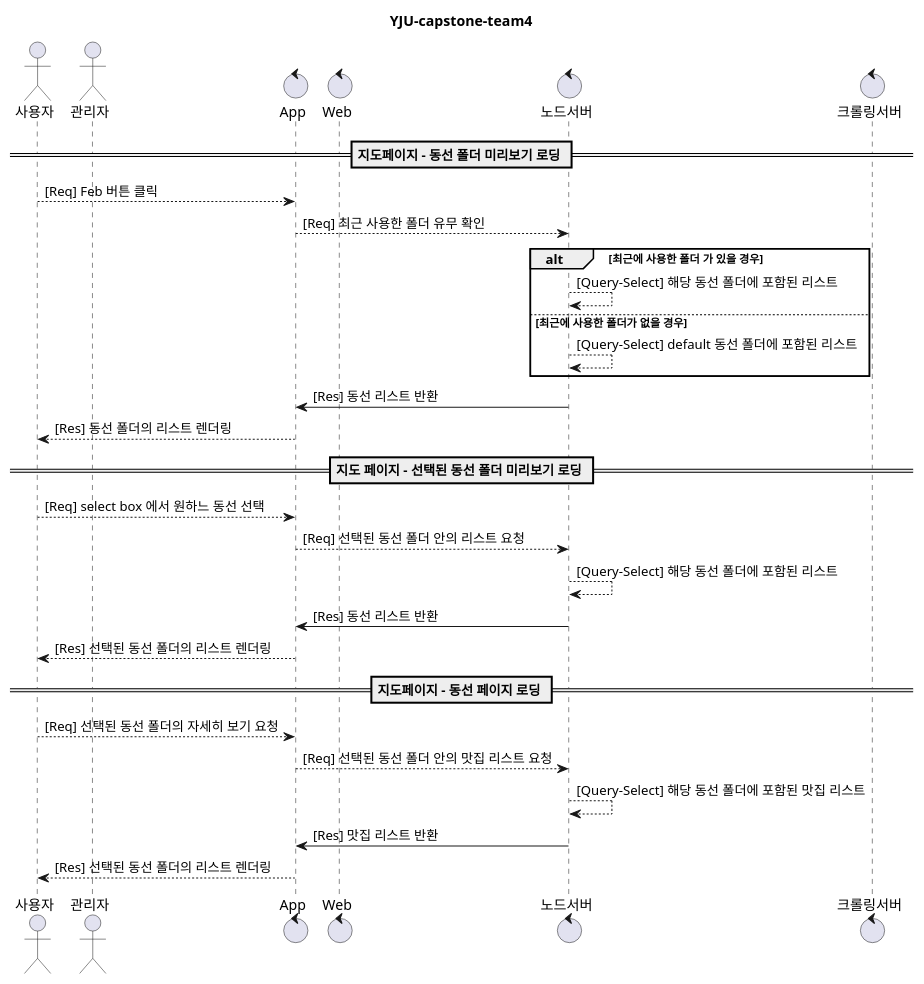
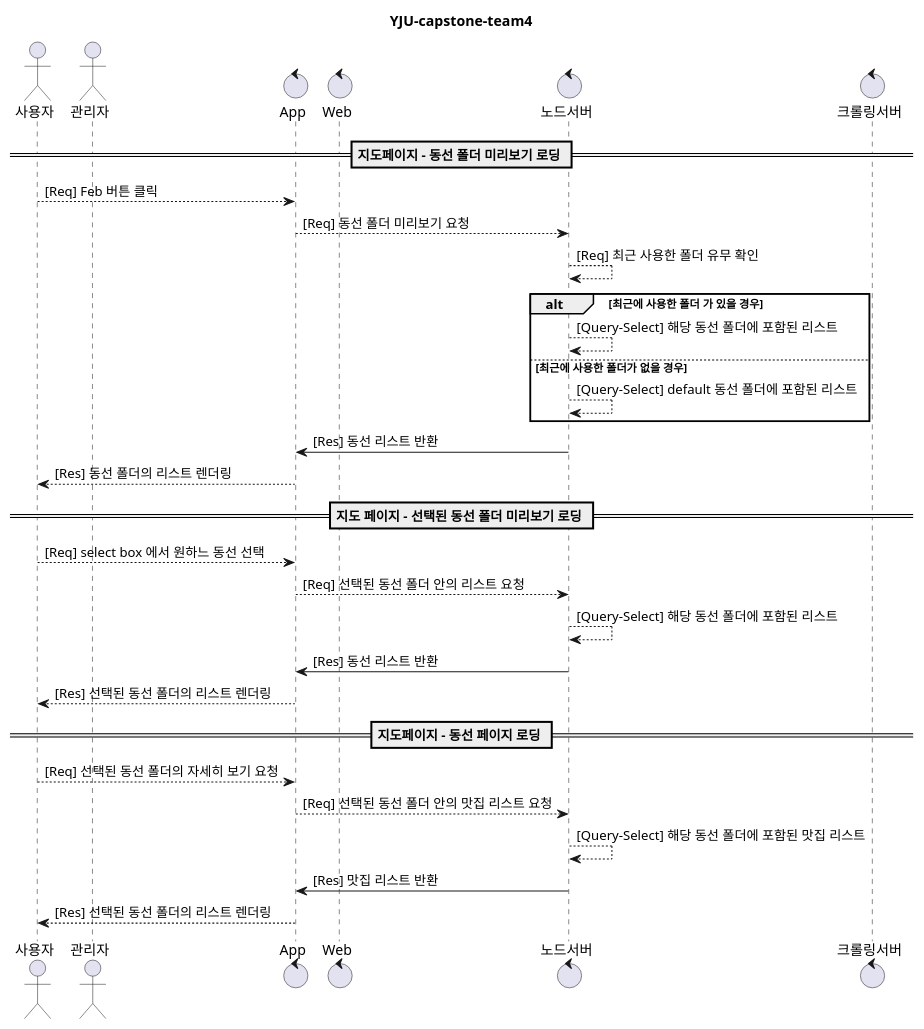
One commit to YJU-capstone-team4/Node.js-project-Server changed the diagram in eight.wsd. Above: the diagram before and after it, drawn with PlantUML. The commit also changed 1 other file, not shown here.

Commit message:
Feature :: 시퀀스다이어그램 두번째 수정

```diff
--- a/eight.wsd
+++ b/eight.wsd
@@ -2,39 +2,40 @@
 @startuml
 
 title YJU-capstone-team4
 
 actor 사용자 as User
 actor 관리자 as Admin
 
 control App
 control Web
 control 노드서버 as Node
 control 크롤링서버 as Lamda
 
 == 지도페이지 - 동선 폴더 미리보기 로딩 ==
 User --> App : [Req] Feb 버튼 클릭
-    App --> Node : [Req] 최근 사용한 폴더 유무 확인
+App --> Node : [Req] 동선 폴더 미리보기 요청
+    Node --> Node : [Req] 최근 사용한 폴더 유무 확인
     alt 최근에 사용한 폴더 가 있을 경우
         Node --> Node : [Query-Select] 해당 동선 폴더에 포함된 리스트
     else 최근에 사용한 폴더가 없을 경우
         Node --> Node : [Query-Select] default 동선 폴더에 포함된 리스트
     end
 Node -> App : [Res] 동선 리스트 반환
 App --> User : [Res] 동선 폴더의 리스트 렌더링
 
 
 == 지도 페이지 - 선택된 동선 폴더 미리보기 로딩 ==
 User --> App : [Req] select box 에서 원하느 동선 선택
 App --> Node : [Req] 선택된 동선 폴더 안의 리스트 요청
     Node --> Node : [Query-Select] 해당 동선 폴더에 포함된 리스트
 Node -> App : [Res] 동선 리스트 반환
 App --> User : [Res] 선택된 동선 폴더의 리스트 렌더링
 
 
 == 지도페이지 - 동선 페이지 로딩 ==
 User --> App : [Req] 선택된 동선 폴더의 자세히 보기 요청
 App --> Node : [Req] 선택된 동선 폴더 안의 맛집 리스트 요청
     Node --> Node : [Query-Select] 해당 동선 폴더에 포함된 맛집 리스트
 Node -> App : [Res] 맛집 리스트 반환
 App --> User : [Res] 선택된 동선 폴더의 리스트 렌더링
 @enduml
```
